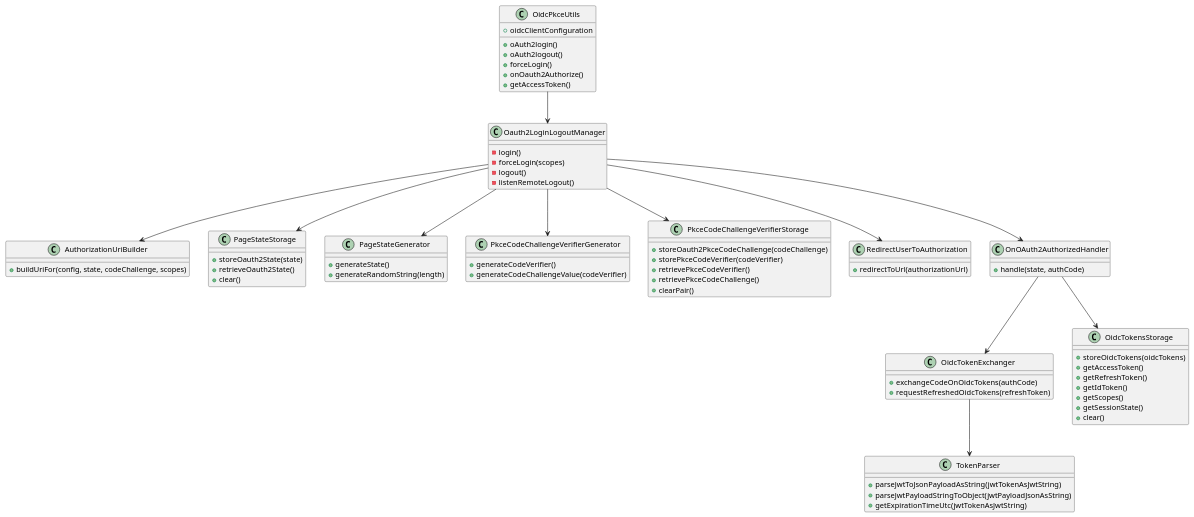
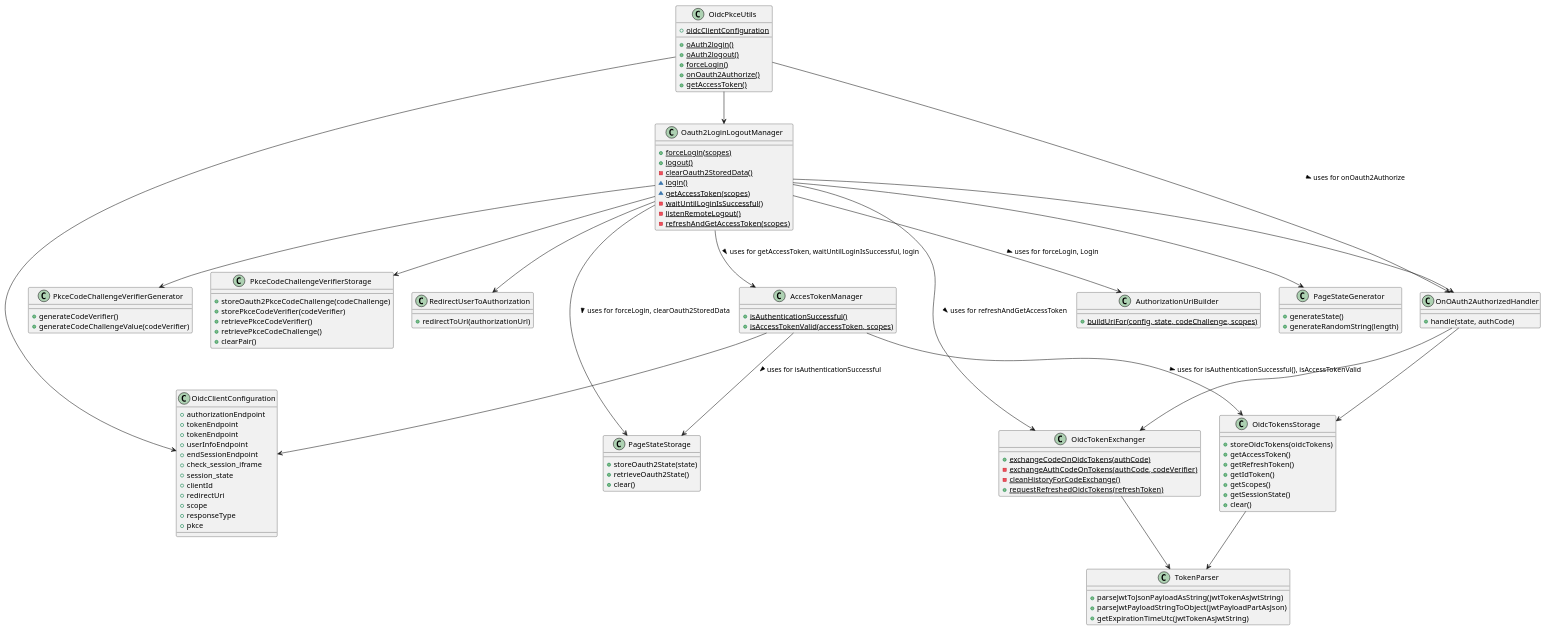
One commit to Schkirmanzew-Rakzin-LogosFlow/LogosFlow changed the diagram in logosflow-libs/documentation/libs/oidc/diagrams/oidc-frontend-classes-diagram.puml. Above: the diagram before and after it, drawn with PlantUML. The commit also changed 4 other files, not shown here.

```diff
--- a/logosflow-libs/documentation/libs/oidc/diagrams/oidc-frontend-classes-diagram.puml
+++ b/logosflow-libs/documentation/libs/oidc/diagrams/oidc-frontend-classes-diagram.puml
@@ -1,86 +1,123 @@
 @startuml
 class OidcPkceUtils {
-  +oidcClientConfiguration
-  +oAuth2login()
-  +oAuth2logout()
-  +forceLogin()
-  +onOauth2Authorize()
-  +getAccessToken()
+  +{static} oidcClientConfiguration
+  +{static} oAuth2login()
+  +{static} oAuth2logout()
+  +{static} forceLogin()
+  +{static} onOauth2Authorize()
+  +{static} getAccessToken()
+}
+
+class OidcClientConfiguration{
+  + authorizationEndpoint
+  + tokenEndpoint
+  + tokenEndpoint
+  + userInfoEndpoint
+  + endSessionEndpoint
+  + check_session_iframe
+  + session_state
+  + clientId
+  + redirectUri
+  + scope
+  + responseType
+  + pkce
 }
 
 class Oauth2LoginLogoutManager {
-  -login()
-  -forceLogin(scopes)
-  -logout()
-  -listenRemoteLogout()
+
+  +{static} forceLogin(scopes)
+  +{static} logout()
+  -{static} clearOauth2StoredData()
+  ~{static} login()
+  ~{static} getAccessToken(scopes)
+  -{static} waitUntilLoginIsSuccessful()
+  -{static} listenRemoteLogout()
+  -{static} refreshAndGetAccessToken(scopes)
 }
 
 class AuthorizationUriBuilder {
-  +buildUriFor(config, state, codeChallenge, scopes)
+  +{static} buildUriFor(config, state, codeChallenge, scopes)
 }
 
 class PageStateStorage {
   +storeOauth2State(state)
   +retrieveOauth2State()
   +clear()
 }
 
 class PageStateGenerator {
-  +generateState()
-  +generateRandomString(length)
++generateState()
++generateRandomString(length)
 }
 
 class PkceCodeChallengeVerifierGenerator {
-  +generateCodeVerifier()
-  +generateCodeChallengeValue(codeVerifier)
++generateCodeVerifier()
++generateCodeChallengeValue(codeVerifier)
 }
 
 class PkceCodeChallengeVerifierStorage {
-  +storeOauth2PkceCodeChallenge(codeChallenge)
-  +storePkceCodeVerifier(codeVerifier)
-  +retrievePkceCodeVerifier()
-  +retrievePkceCodeChallenge()
-  +clearPair()
++storeOauth2PkceCodeChallenge(codeChallenge)
++storePkceCodeVerifier(codeVerifier)
++retrievePkceCodeVerifier()
++retrievePkceCodeChallenge()
++clearPair()
 }
 
 class RedirectUserToAuthorization {
-  +redirectToUrl(authorizationUrl)
++redirectToUrl(authorizationUrl)
 }
 
 class OnOAuth2AuthorizedHandler {
-  +handle(state, authCode)
++handle(state, authCode)
 }
 
 class OidcTokenExchanger {
-  +exchangeCodeOnOidcTokens(authCode)
-  +requestRefreshedOidcTokens(refreshToken)
++{static} exchangeCodeOnOidcTokens(authCode)
+-{static} exchangeAuthCodeOnTokens(authCode, codeVerifier)
+-{static} cleanHistoryForCodeExchange()
++{static} requestRefreshedOidcTokens(refreshToken)
 }
 
 class OidcTokensStorage {
-  +storeOidcTokens(oidcTokens)
-  +getAccessToken()
-  +getRefreshToken()
-  +getIdToken()
-  +getScopes()
-  +getSessionState()
-  +clear()
++storeOidcTokens(oidcTokens)
++getAccessToken()
++getRefreshToken()
++getIdToken()
++getScopes()
++getSessionState()
++clear()
 }
 
 class TokenParser {
-  +parseJwtToJsonPayloadAsString(jwtTokenAsJwtString)
-  +parseJwtPayloadStringToObject(jwtPayloadJsonAsString)
-  +getExpirationTimeUtc(jwtTokenAsJwtString)
++parseJwtToJsonPayloadAsString(jwtTokenAsJwtString)
++parseJwtPayloadStringToObject(jwtPayloadPartAsJson)
++getExpirationTimeUtc(jwtTokenAsJwtString)
+}
+
+class AccesTokenManager {
++{static} isAuthenticationSuccessful()
++{static} isAccessTokenValid(accessToken, scopes)
+
 }
 
 OidcPkceUtils --> Oauth2LoginLogoutManager
-Oauth2LoginLogoutManager --> AuthorizationUriBuilder
-Oauth2LoginLogoutManager --> PageStateStorage
+OidcPkceUtils --> OnOAuth2AuthorizedHandler: uses for onOauth2Authorize >
+OidcPkceUtils --> OidcClientConfiguration
+Oauth2LoginLogoutManager --> AuthorizationUriBuilder: uses for forceLogin, Login >
+Oauth2LoginLogoutManager --> AccesTokenManager: uses for getAccessToken, waitUntilLoginIsSuccessful, login >
+Oauth2LoginLogoutManager --> OidcTokenExchanger: uses for refreshAndGetAccessToken >
+Oauth2LoginLogoutManager --> PageStateStorage: uses for forceLogin, clearOauth2StoredData >
 Oauth2LoginLogoutManager --> PageStateGenerator
 Oauth2LoginLogoutManager --> PkceCodeChallengeVerifierGenerator
 Oauth2LoginLogoutManager --> PkceCodeChallengeVerifierStorage
 Oauth2LoginLogoutManager --> RedirectUserToAuthorization
 Oauth2LoginLogoutManager --> OnOAuth2AuthorizedHandler
 OnOAuth2AuthorizedHandler --> OidcTokenExchanger
+AccesTokenManager --> PageStateStorage: uses for isAuthenticationSuccessful >
+AccesTokenManager --> OidcTokensStorage: uses for isAuthenticationSuccessful(), isAccessTokenValid >
+AccesTokenManager --> OidcClientConfiguration
+
+OidcTokenExchanger --> TokenParser
+OidcTokensStorage --> TokenParser
 OnOAuth2AuthorizedHandler --> OidcTokensStorage
-OidcTokenExchanger --> TokenParser
 @enduml
```
